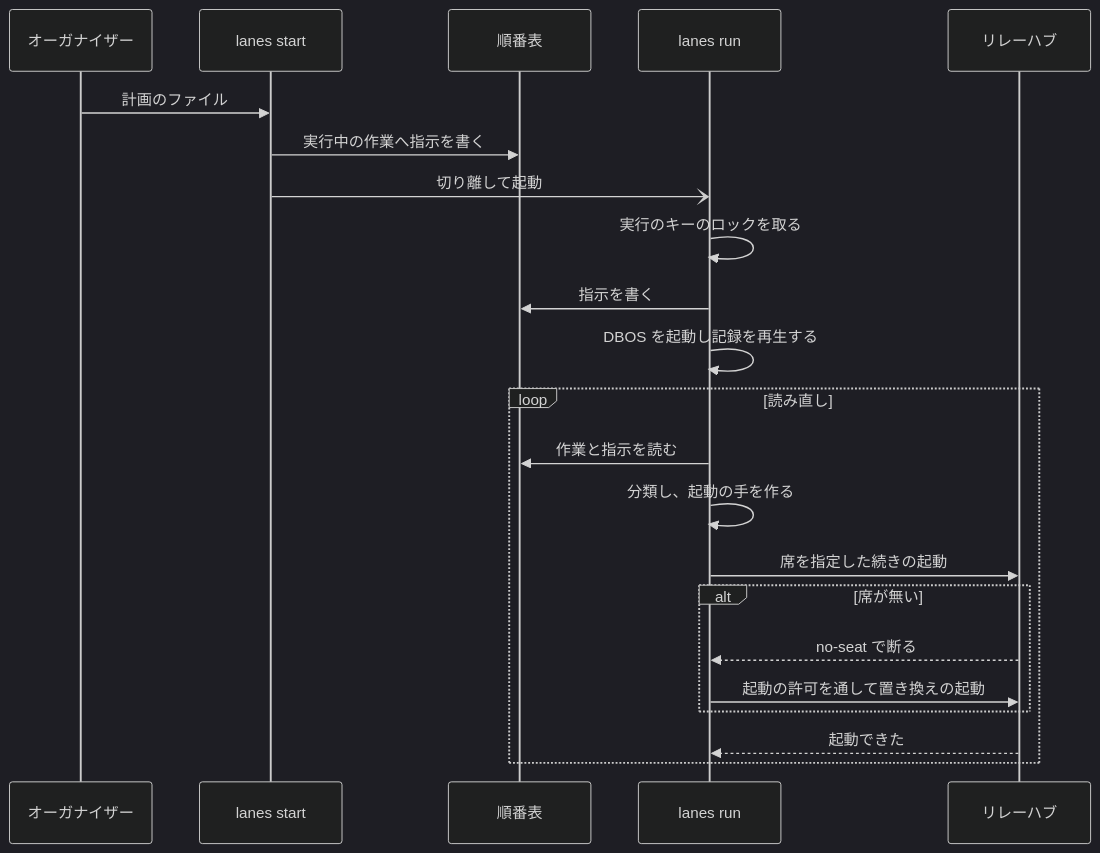
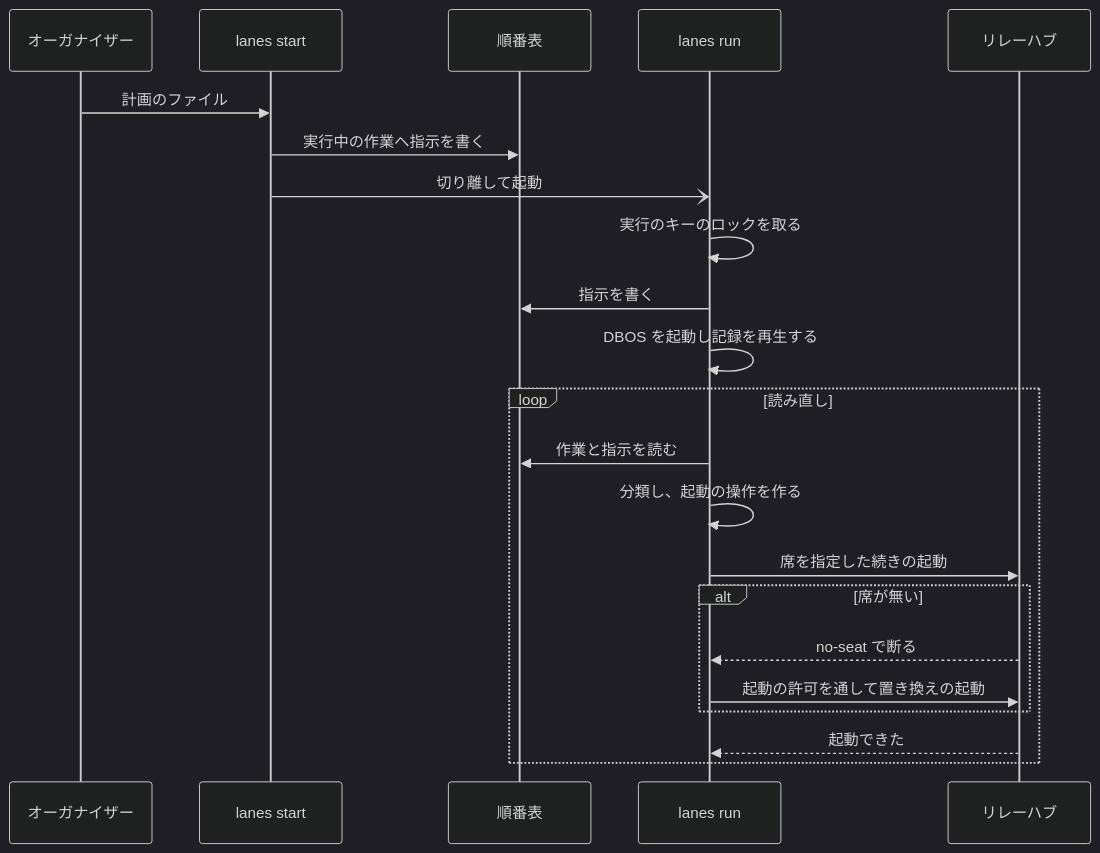
The fifth of 5 diagrams in issues/issue-4575-design.md (devbasex/ai-plugins), drawn with Mermaid (dark theme) before and after one commit. The commit also changed other lines of this file, not shown here.

````diff
--- a/issues/issue-4575-design.md
+++ b/issues/issue-4575-design.md
@@ -223,24 +238,24 @@
 ```mermaid
 sequenceDiagram
   participant O as オーガナイザー
   participant S as lanes start
   participant T as 順番表
   participant R as lanes run
   participant H as リレーハブ
   O->>S: 計画のファイル
   S->>T: 実行中の作業へ指示を書く
   S-)R: 切り離して起動
   R->>R: 実行のキーのロックを取る
   R->>T: 指示を書く
   R->>R: DBOS を起動し記録を再生する
   loop 読み直し
     R->>T: 作業と指示を読む
-    R->>R: 分類し、起動の手を作る
+    R->>R: 分類し、起動の操作を作る
     R->>H: 席を指定した続きの起動
     alt 席が無い
       H-->>R: no-seat で断る
       R->>H: 起動の許可を通して置き換えの起動
     end
     H-->>R: 起動できた
   end
 ```
````
